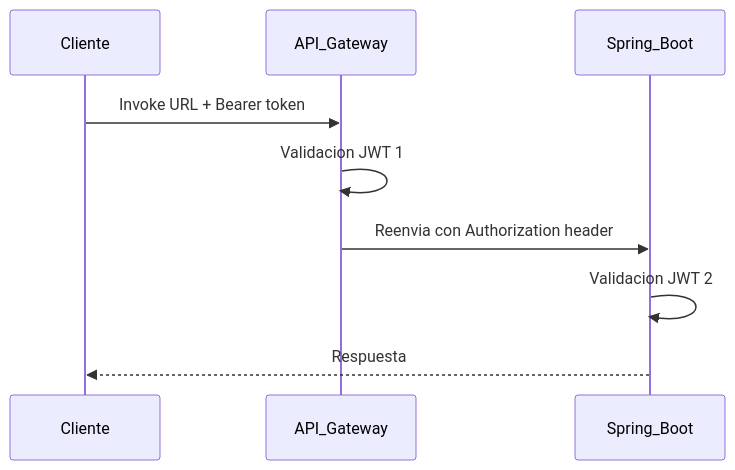
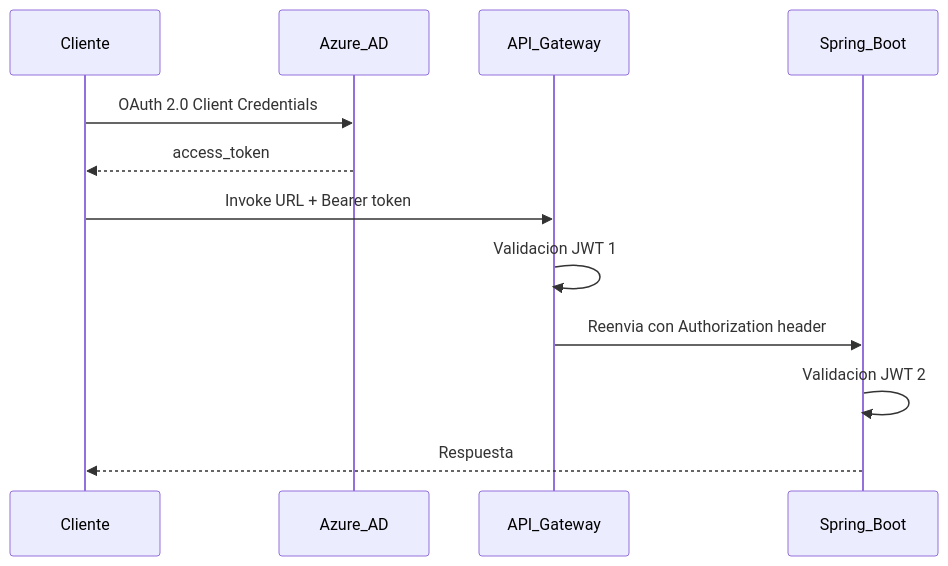
One commit to L0ncho/EnrollmentPlatform_v2 changed the third of 3 diagrams in docs/seguridad-jwt.md. Above: the diagram before and after it, drawn with Mermaid. The commit also changed other lines of this file and 6 other files, not shown here.

````diff
--- a/docs/seguridad-jwt.md
+++ b/docs/seguridad-jwt.md
@@ -73,12 +104,15 @@
 ```mermaid
 sequenceDiagram
     participant Client as Cliente
+    participant Azure as Azure_AD
     participant GW as API_Gateway
     participant EC2 as Spring_Boot
 
+    Client->>Azure: OAuth 2.0 Client Credentials
+    Azure-->>Client: access_token
     Client->>GW: Invoke URL + Bearer token
     GW->>GW: Validacion JWT 1
     GW->>EC2: Reenvia con Authorization header
     EC2->>EC2: Validacion JWT 2
     EC2-->>Client: Respuesta
 ```
````
